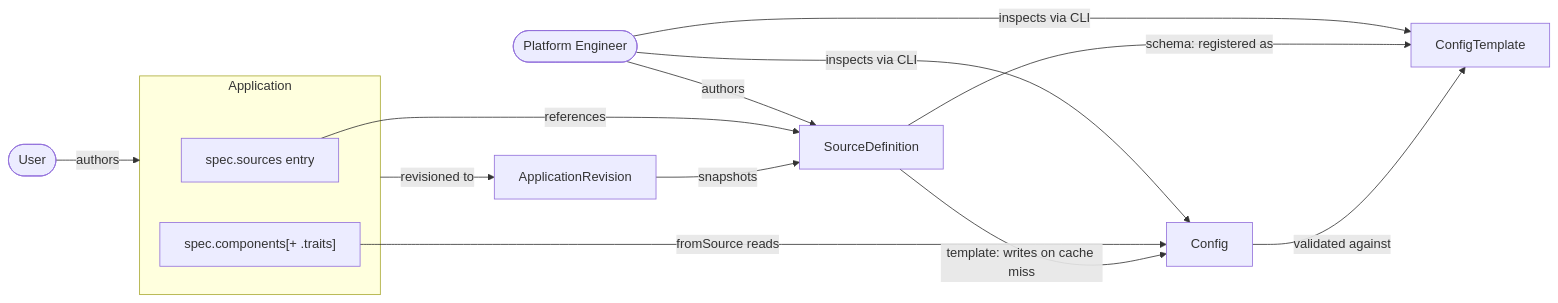
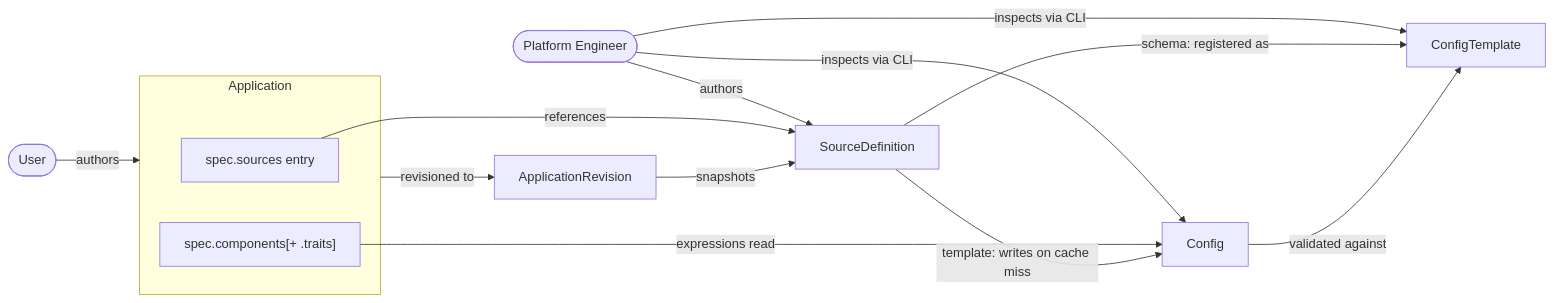
The first of 4 diagrams in design/vela-core/keps/2.16-source-definition/README.md (guidewire-oss/kubevela), drawn with Mermaid before and after one commit. The commit also changed other lines of this file, not shown here.

````diff
--- a/design/vela-core/keps/2.16-source-definition/README.md
+++ b/design/vela-core/keps/2.16-source-definition/README.md
@@ -19,21 +19,21 @@
 ```mermaid
 graph LR
     PE([Platform Engineer]) -->|authors| SD[SourceDefinition]
     PE -->|inspects via CLI| CT[ConfigTemplate]
     PE -->|inspects via CLI| Config[Config]
     U([User]) -->|authors| App
 
     subgraph App[Application]
         SI[spec.sources entry]
         Comp["spec.components[+ .traits]"]
     end
 
     SI -->|references| SD
-    Comp -->|fromSource reads| Config
+    Comp -->|expressions read| Config
 
     SD -->|schema: registered as| CT
     SD -->|template: writes on cache miss| Config
     Config -->|validated against| CT
     App -->|revisioned to| AR[ApplicationRevision]
     AR -->|snapshots| SD
 ```
````
